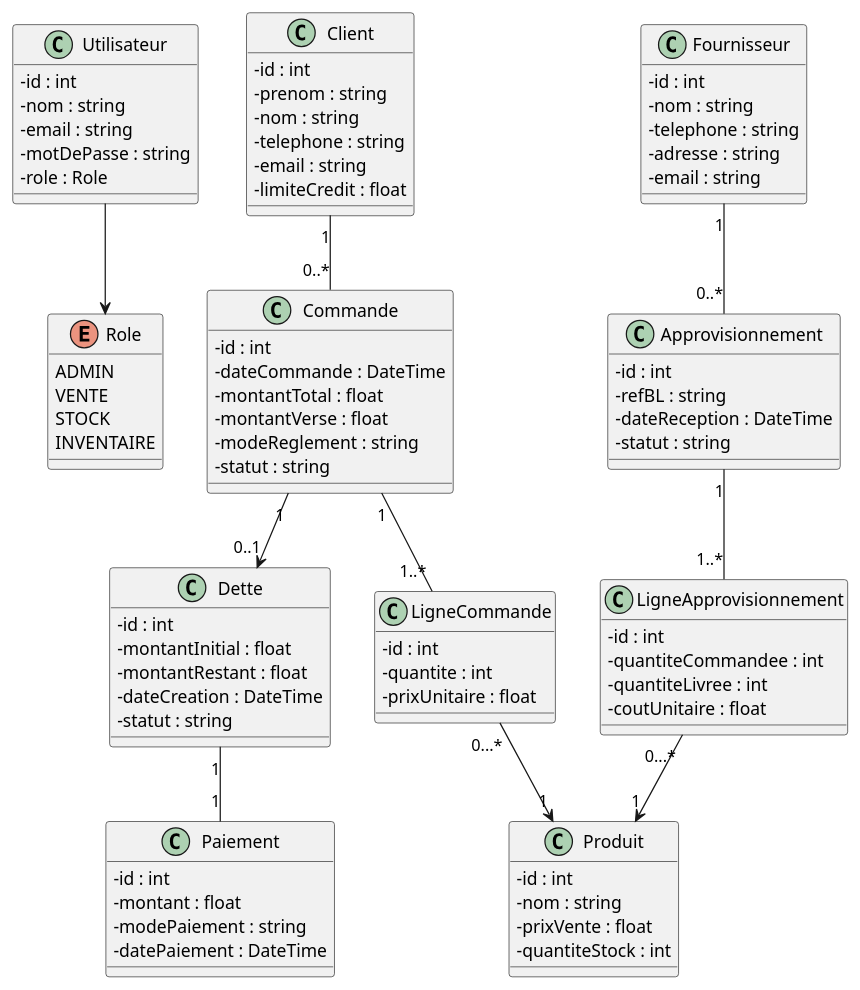
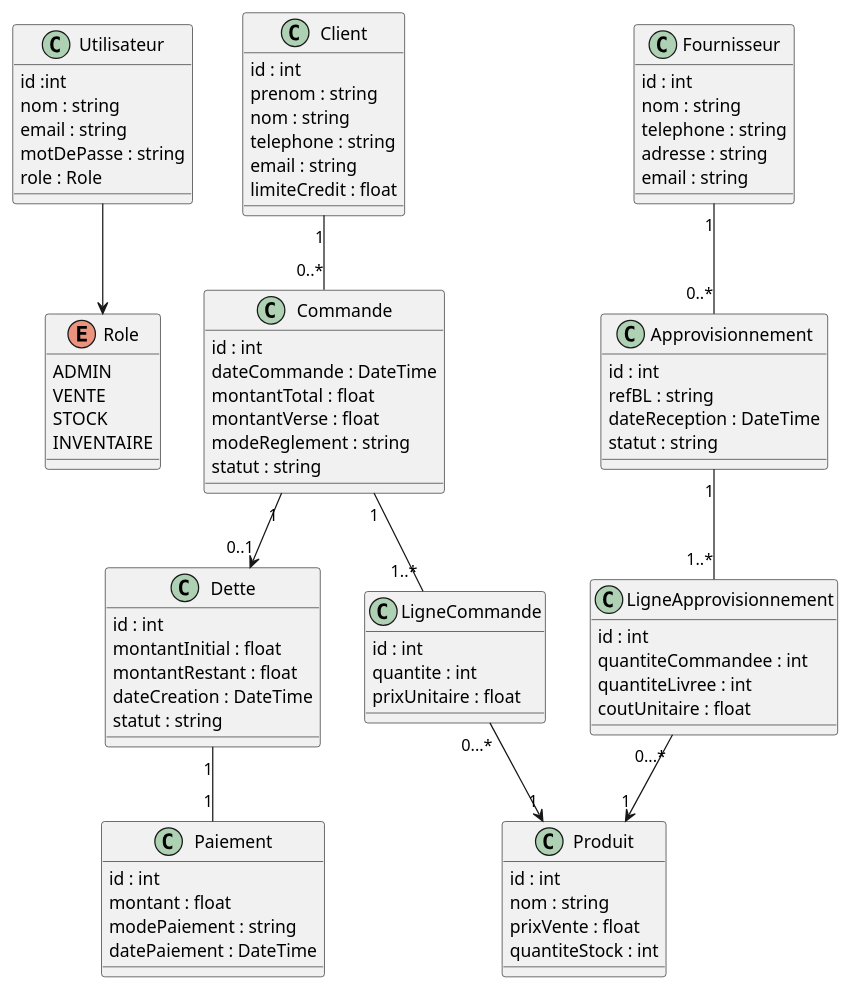
Before and after one commit to aicha-2002-Dev/gestion_commandes: the diagram in docs/classe/classe.puml, drawn with PlantUML. The commit also changed 1 other file, not shown here.

Commit message:
feat(database): creation des scripts d'initialisation SQL avec contraintes FK et CHECK

```diff
--- a/docs/classe/classe.puml
+++ b/docs/classe/classe.puml
@@ -1,107 +1,107 @@
 @startuml classes_storemanager_pro
 skinparam classAttributeIconSize 0
 
 
 enum Role {
   ADMIN
   VENTE
   STOCK
   INVENTAIRE
 }
 
 
 class Utilisateur {
-  -id : int
-  -nom : string
-  -email : string
-  -motDePasse : string
-  -role : Role
+  id :int
+  nom : string
+  email : string
+  motDePasse : string
+  role : Role
 }
 
 class Produit {
-  -id : int
-  -nom : string
-  -prixVente : float
-  -quantiteStock : int
+  id : int
+  nom : string
+  prixVente : float
+  quantiteStock : int
 }
 
 class Client {
-  -id : int
-  -prenom : string
-  -nom : string
-  -telephone : string
-  -email : string
-  -limiteCredit : float
+  id : int
+  prenom : string
+  nom : string
+  telephone : string
+  email : string
+  limiteCredit : float
 }
 
 class Fournisseur {
-  -id : int
-  -nom : string
-  -telephone : string
-  -adresse : string
-  -email : string
+  id : int
+  nom : string
+  telephone : string
+  adresse : string
+  email : string
 }
 
 class Commande {
-  -id : int
-  -dateCommande : DateTime
-  -montantTotal : float
-  -montantVerse : float
-  -modeReglement : string
-  -statut : string 
+  id : int
+  dateCommande : DateTime
+  montantTotal : float
+  montantVerse : float
+  modeReglement : string
+  statut : string 
 }
 
 
 class LigneCommande {
-  -id : int
-  -quantite : int
-  -prixUnitaire : float
+  id : int
+  quantite : int
+  prixUnitaire : float
 }
 
 class Dette {
-  -id : int
-  -montantInitial : float
-  -montantRestant : float
-  -dateCreation : DateTime
-  -statut : string 
+  id : int
+  montantInitial : float
+  montantRestant : float
+  dateCreation : DateTime
+  statut : string 
 }
 
 class Paiement {
-  -id : int
-  -montant : float
-  -modePaiement : string
-  -datePaiement : DateTime
+  id : int
+  montant : float
+  modePaiement : string
+  datePaiement : DateTime
 }
 
 class Approvisionnement {
-  -id : int
-  -refBL : string
-  -dateReception : DateTime
-  -statut : string 
+  id : int
+  refBL : string
+  dateReception : DateTime
+  statut : string 
 }
 
 class LigneApprovisionnement {
-  -id : int
-  -quantiteCommandee : int
-  -quantiteLivree : int
-  -coutUnitaire : float
+  id : int
+  quantiteCommandee : int
+  quantiteLivree : int
+  coutUnitaire : float
 }
 
 
 Client "1" -- "0..*" Commande 
 
 Commande "1" -- "1..*" LigneCommande 
 LigneCommande "0...*" --> "1" Produit 
 
 Commande "1" --> "0..1" Dette 
 
 Dette "1" -- "1" Paiement 
 
 Fournisseur "1" -- "0..*" Approvisionnement 
 
 Approvisionnement "1" -- "1..*" LigneApprovisionnement 
 LigneApprovisionnement "0...*" --> "1" Produit 
 
 Utilisateur --> Role 
 
 @enduml
```
